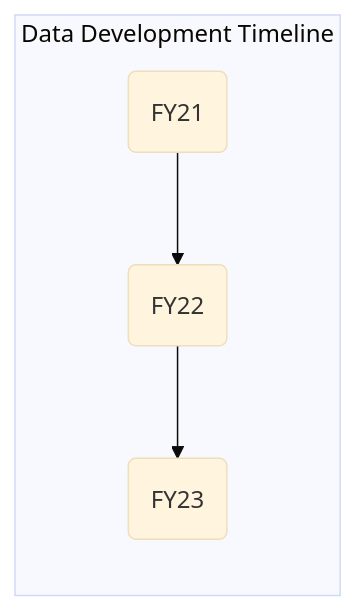
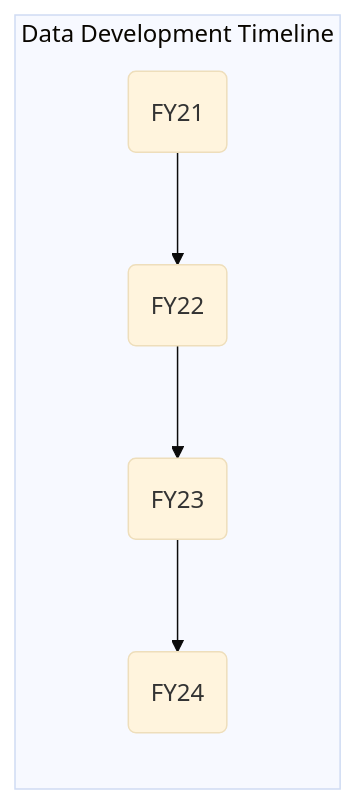
One commit to secretstartups/handbook changed the diagram in business-technology/data-team/direction/timeline/index.html.md. Above: the diagram before and after it, drawn with Mermaid (base theme). The commit also changed other lines of this file, not shown here.

````diff
--- a/business-technology/data-team/direction/timeline/index.html.md
+++ b/business-technology/data-team/direction/timeline/index.html.md
@@ -16,10 +16,11 @@
 ```mermaid
   graph LR;
   subgraph Data Development Timeline
-    fy21(FY21) --> fy22(FY22) --> fy23(FY23);
+    fy21(FY21) --> fy22(FY22) --> fy23(FY23) --> fy24(FY24)
   end
 
   click fy21 "/handbook/business-technology/data-team/direction/timeline/#fiscal-year-2021";
   click fy22 "/handbook/business-technology/data-team/direction/timeline/#fiscal-year-2022";
   click fy23 "/handbook/business-technology/data-team/direction/timeline/#fiscal-year-2023";
+  click fy24 "/handbook/business-technology/data-team/direction/timeline/#fiscal-year-2024";
 ```
````
